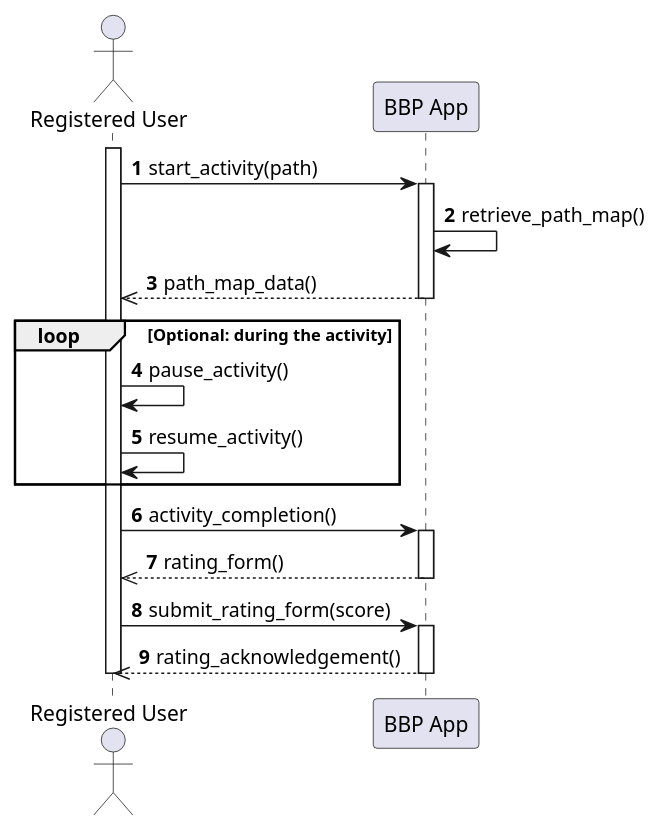
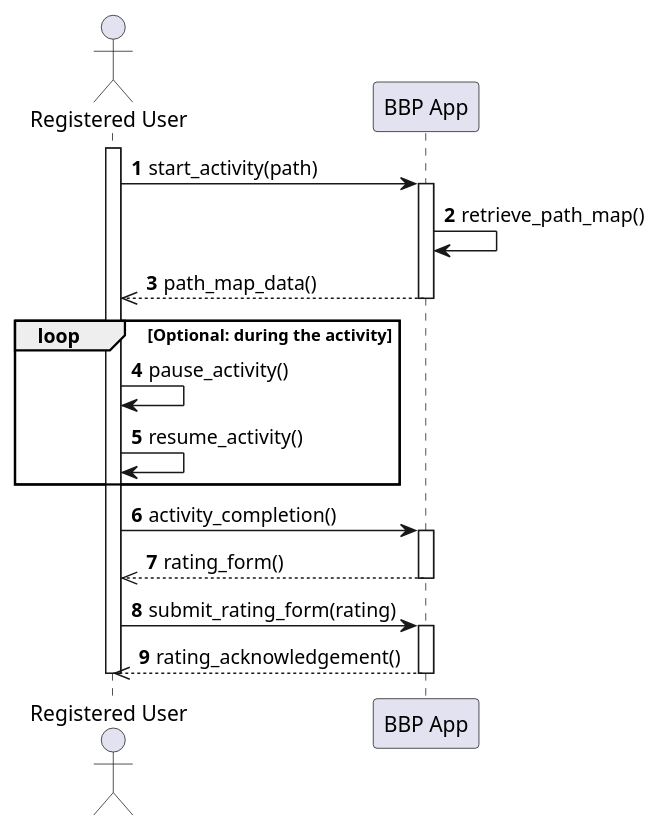
One commit to Guflie/PoliMi-SWE2-RDD-project changed the diagram in diagrams/RASD/sequence diagram/UC9_sequence_diagram.puml. Above: the diagram before and after it, drawn with PlantUML. The commit also changed 16 other files, not shown here.

Commit message:
[RASD] Updated and fixed Sequence Diagrams

```diff
--- a/diagrams/RASD/sequence diagram/UC9_sequence_diagram.puml
+++ b/diagrams/RASD/sequence diagram/UC9_sequence_diagram.puml
@@ -1,31 +1,31 @@
 @startuml uc9_sequence_diagram
 actor "Registered User" as User
 participant "BBP App" as App
 
 autonumber
 
 activate User
 
 User -> App : start_activity(path)
 activate App
 App -> App : retrieve_path_map()
 App -->> User : path_map_data()
 deactivate App
 
 loop Optional: during the activity
     User -> User : pause_activity()    
     User -> User : resume_activity()
 end
 
 User -> App : activity_completion()
 activate App
 App -->> User : rating_form()
 deactivate App
 
-User -> App : submit_rating_form(score)
+User -> App : submit_rating_form(rating)
 activate App
 App -->> User : rating_acknowledgement()
 deactivate App
 
 deactivate User
 @enduml
```
